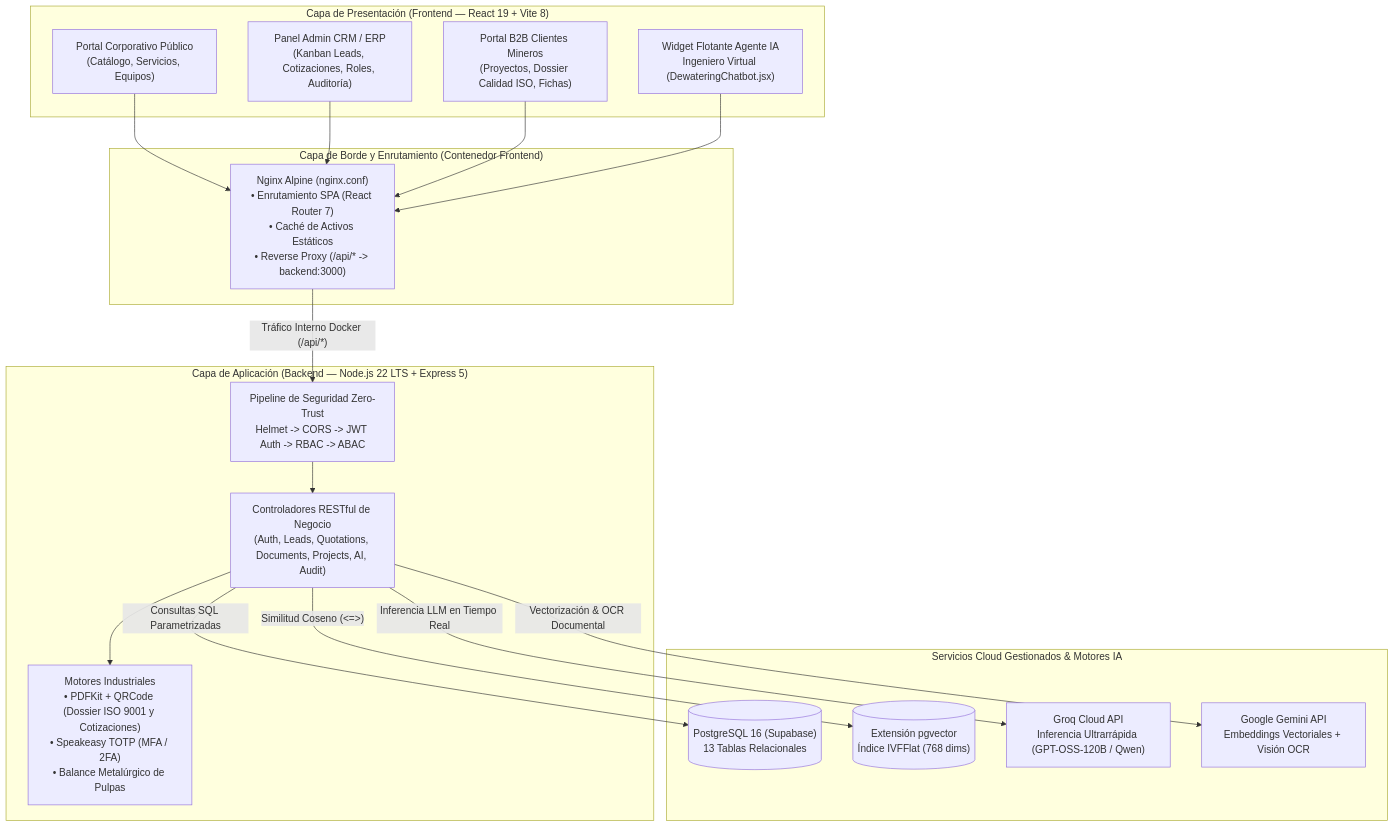
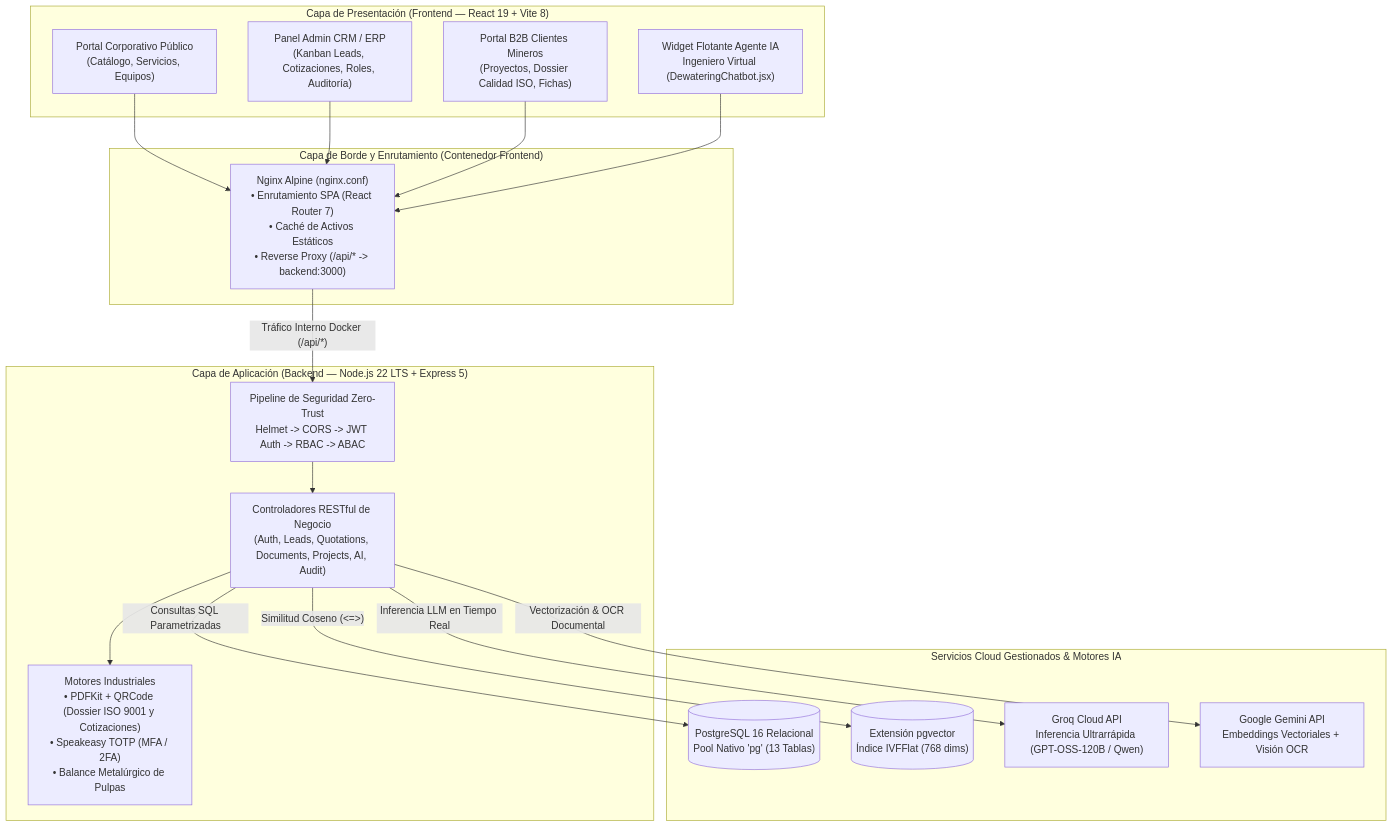
One commit to 0xhazroot/dewatering-solutions changed the first of 3 diagrams in README.md. Above: the diagram before and after it, drawn with Mermaid. The commit also changed other lines of this file and 14 other files, not shown here.

````diff
--- a/README.md
+++ b/README.md
@@ -49,35 +49,35 @@
 ```mermaid
 flowchart TB
     subgraph Client["Capa de Presentación (Frontend — React 19 + Vite 8)"]
         PUB["Portal Corporativo Público<br/>(Catálogo, Servicios, Equipos)"]
         CRM["Panel Admin CRM / ERP<br/>(Kanban Leads, Cotizaciones, Roles, Auditoría)"]
         B2B["Portal B2B Clientes Mineros<br/>(Proyectos, Dossier Calidad ISO, Fichas)"]
         BOT["Widget Flotante Agente IA<br/>Ingeniero Virtual (DewateringChatbot.jsx)"]
     end
 
     subgraph Edge["Capa de Borde y Enrutamiento (Contenedor Frontend)"]
         NGINX["Nginx Alpine (nginx.conf)<br/>• Enrutamiento SPA (React Router 7)<br/>• Caché de Activos Estáticos<br/>• Reverse Proxy (/api/* -> backend:3000)"]
     end
 
     subgraph API["Capa de Aplicación (Backend — Node.js 22 LTS + Express 5)"]
         SEC["Pipeline de Seguridad Zero-Trust<br/>Helmet -> CORS -> JWT Auth -> RBAC -> ABAC"]
         CTRL["Controladores RESTful de Negocio<br/>(Auth, Leads, Quotations, Documents, Projects, AI, Audit)"]
         ENG["Motores Industriales<br/>• PDFKit + QRCode (Dossier ISO 9001 y Cotizaciones)<br/>• Speakeasy TOTP (MFA / 2FA)<br/>• Balance Metalúrgico de Pulpas"]
     end
 
     subgraph External["Servicios Cloud Gestionados & Motores IA"]
-        PG[("PostgreSQL 16 (Supabase)<br/>13 Tablas Relacionales")]
+        PG[("PostgreSQL 16 Relacional<br/>Pool Nativo 'pg' (13 Tablas)")]
         VEC[("Extensión pgvector<br/>Índice IVFFlat (768 dims)")]
         GROQ["Groq Cloud API<br/>Inferencia Ultrarrápida (GPT-OSS-120B / Qwen)"]
         GEM["Google Gemini API<br/>Embeddings Vectoriales + Visión OCR"]
     end
 
     PUB & CRM & B2B & BOT --> NGINX
     NGINX -->|"Tráfico Interno Docker (/api/*)"| SEC
     SEC --> CTRL
     CTRL --> ENG
     CTRL -->|"Consultas SQL Parametrizadas"| PG
     CTRL -->|"Similitud Coseno (<=>)"| VEC
     CTRL -->|"Inferencia LLM en Tiempo Real"| GROQ
     CTRL -->|"Vectorización & OCR Documental"| GEM
 ```
````
